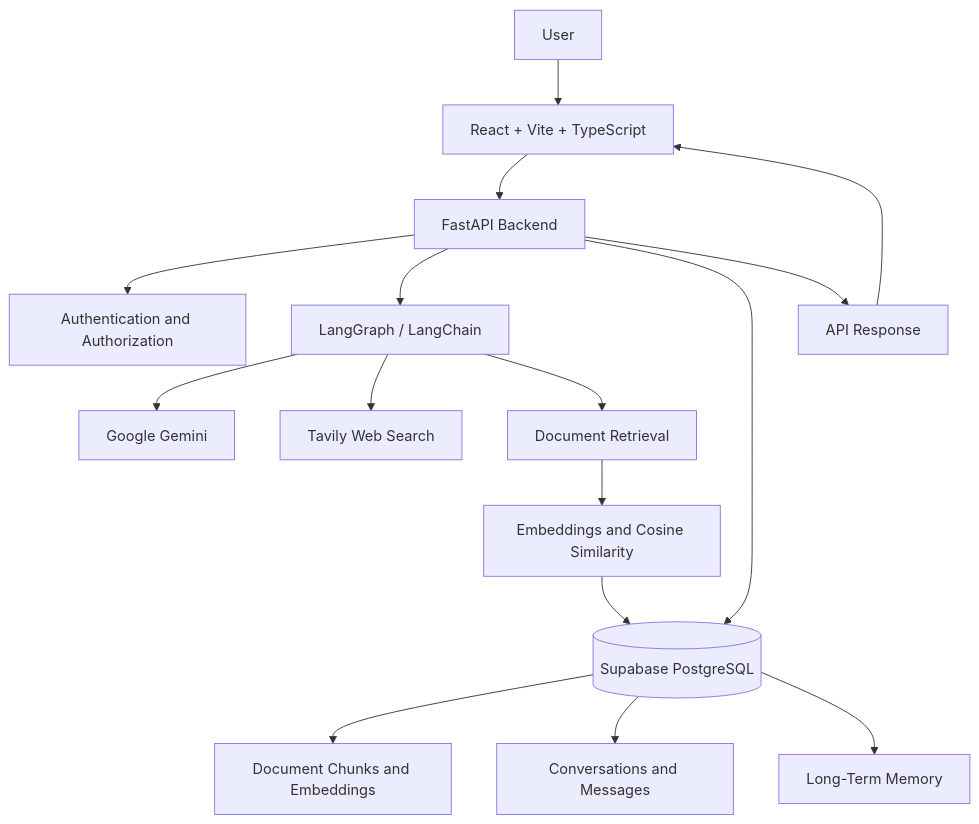
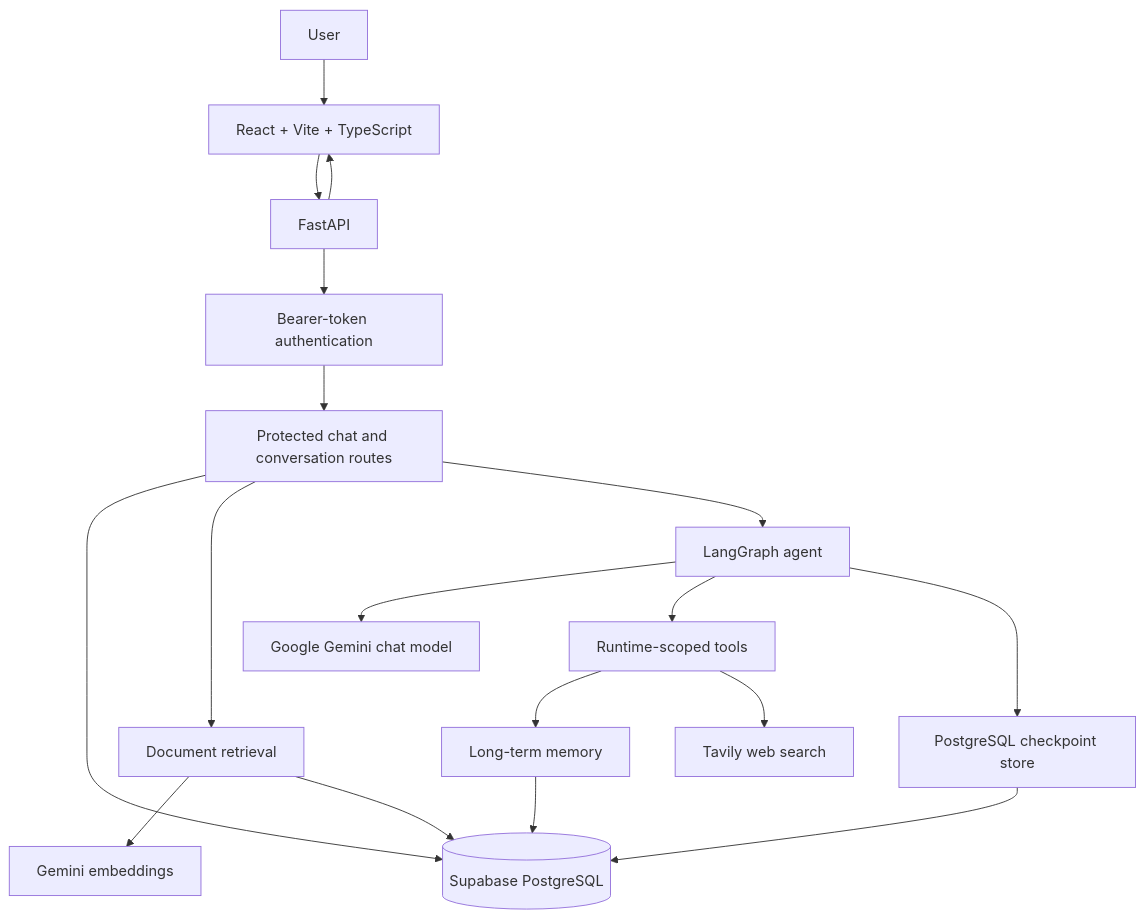
One commit to sxb05/Pagetrail changed the diagram in README.md. Above: the diagram before and after it, drawn with Mermaid. The commit also changed other lines of this file, not shown here.

````diff
--- a/README.md
+++ b/README.md
@@ -135,24 +74,20 @@
 ```mermaid
 flowchart TD
     U[User] --> FE[React + Vite + TypeScript]
-    FE --> API[FastAPI Backend]
-
-    API --> AUTH[Authentication and Authorization]
-    API --> AGENT[LangGraph / LangChain]
-
-    AGENT --> LLM[Google Gemini]
-    AGENT --> SEARCH[Tavily Web Search]
-    AGENT --> RAG[Document Retrieval]
-
-    RAG --> EMB[Embeddings and Cosine Similarity]
-    EMB --> DB[(Supabase PostgreSQL)]
-
-    API --> DB
-
-    DB --> DOCS[Document Chunks and Embeddings]
-    DB --> CONV[Conversations and Messages]
-    DB --> MEM[Long-Term Memory]
-
-    API --> RESP[API Response]
-    RESP --> FE
+    FE --> API[FastAPI]
+    API --> AUTH[Bearer-token authentication]
+    AUTH --> ROUTES[Protected chat and conversation routes]
+    ROUTES --> DB[(Supabase PostgreSQL)]
+    ROUTES --> RAG[Document retrieval]
+    ROUTES --> AGENT[LangGraph agent]
+    RAG --> EMB[Gemini embeddings]
+    RAG --> DB
+    AGENT --> LLM[Google Gemini chat model]
+    AGENT --> TOOLS[Runtime-scoped tools]
+    TOOLS --> MEMORY[Long-term memory]
+    TOOLS --> WEB[Tavily web search]
+    MEMORY --> DB
+    AGENT --> CHECKPOINT[PostgreSQL checkpoint store]
+    CHECKPOINT --> DB
+    API --> FE
 ```
````
